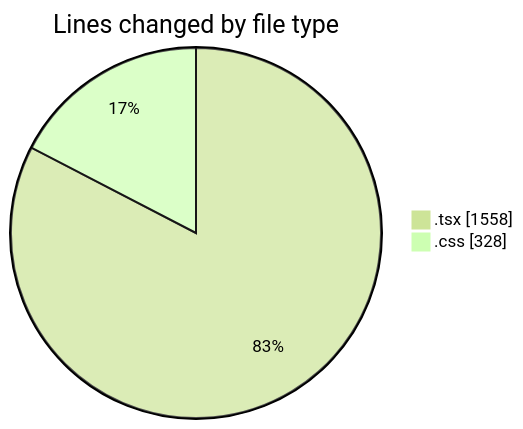
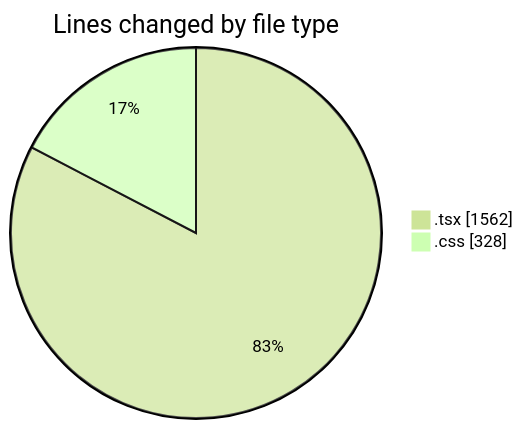
The first of 2 diagrams in 2025-10-10/eventscop-frontend-guide__workspace_/README.md (julien-gomy/code-tracking), drawn with Mermaid (forest theme) before and after one commit. The commit also changed other lines of this file and 1 other file, not shown here.

````diff
--- a/2025-10-10/eventscop-frontend-guide__workspace_/README.md
+++ b/2025-10-10/eventscop-frontend-guide__workspace_/README.md
@@ -25,6 +25,6 @@
 ```mermaid
 pie showData
 title Lines changed by file type
-".tsx" : 1558
+".tsx" : 1562
 ".css" : 328
 ```
````
